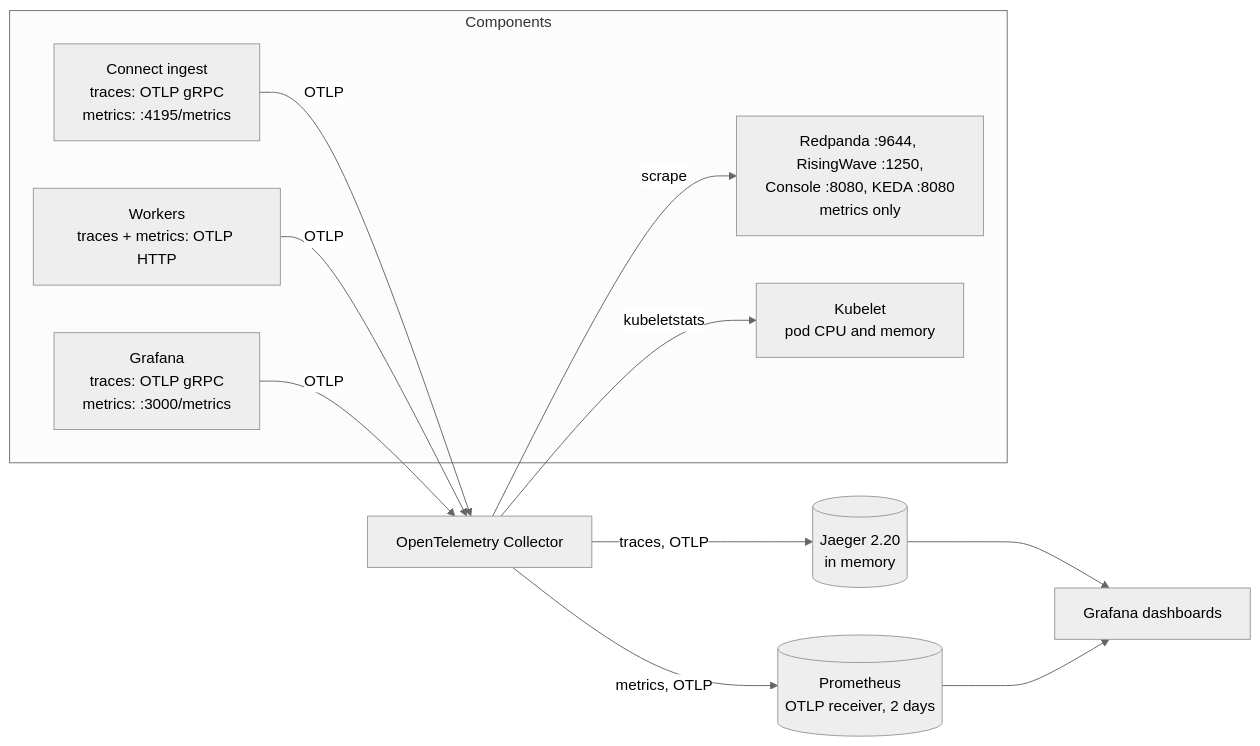
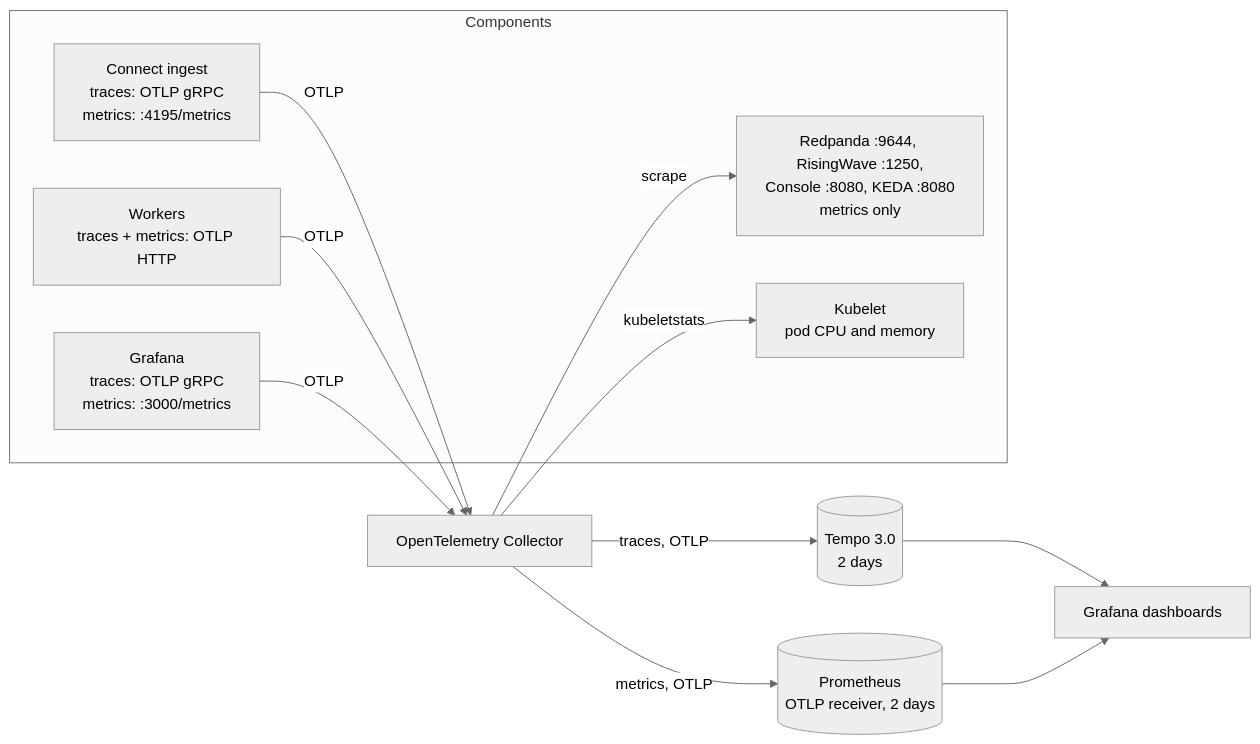
One commit to saadullahaleem/crypto-stream changed the second of 2 diagrams in docs/architecture.md. Above: the diagram before and after it, drawn with Mermaid (neutral theme). The commit also changed other lines of this file and 9 other files, not shown here.

First line of the commit message:
Replace Jaeger with Tempo

````diff
--- a/docs/architecture.md
+++ b/docs/architecture.md
@@ -335,20 +333,20 @@
 ```mermaid
 flowchart LR
   subgraph SRC[Components]
     CN[Connect ingest<br/>traces: OTLP gRPC<br/>metrics: :4195/metrics]
     WK[Workers<br/>traces + metrics: OTLP HTTP]
     GF[Grafana<br/>traces: OTLP gRPC<br/>metrics: :3000/metrics]
     SC[Redpanda :9644, RisingWave :1250,<br/>Console :8080, KEDA :8080<br/>metrics only]
     KL[Kubelet<br/>pod CPU and memory]
   end
   OC[OpenTelemetry Collector]
-  J[(Jaeger 2.20<br/>in memory)]
+  J[(Tempo 3.0<br/>2 days)]
   P[(Prometheus<br/>OTLP receiver, 2 days)]
   G[Grafana dashboards]
   CN & WK & GF -- OTLP --> OC
   OC -- scrape --> SC
   OC -- kubeletstats --> KL
   OC -- traces, OTLP --> J
   OC -- metrics, OTLP --> P
   J & P --> G
 ```
````
